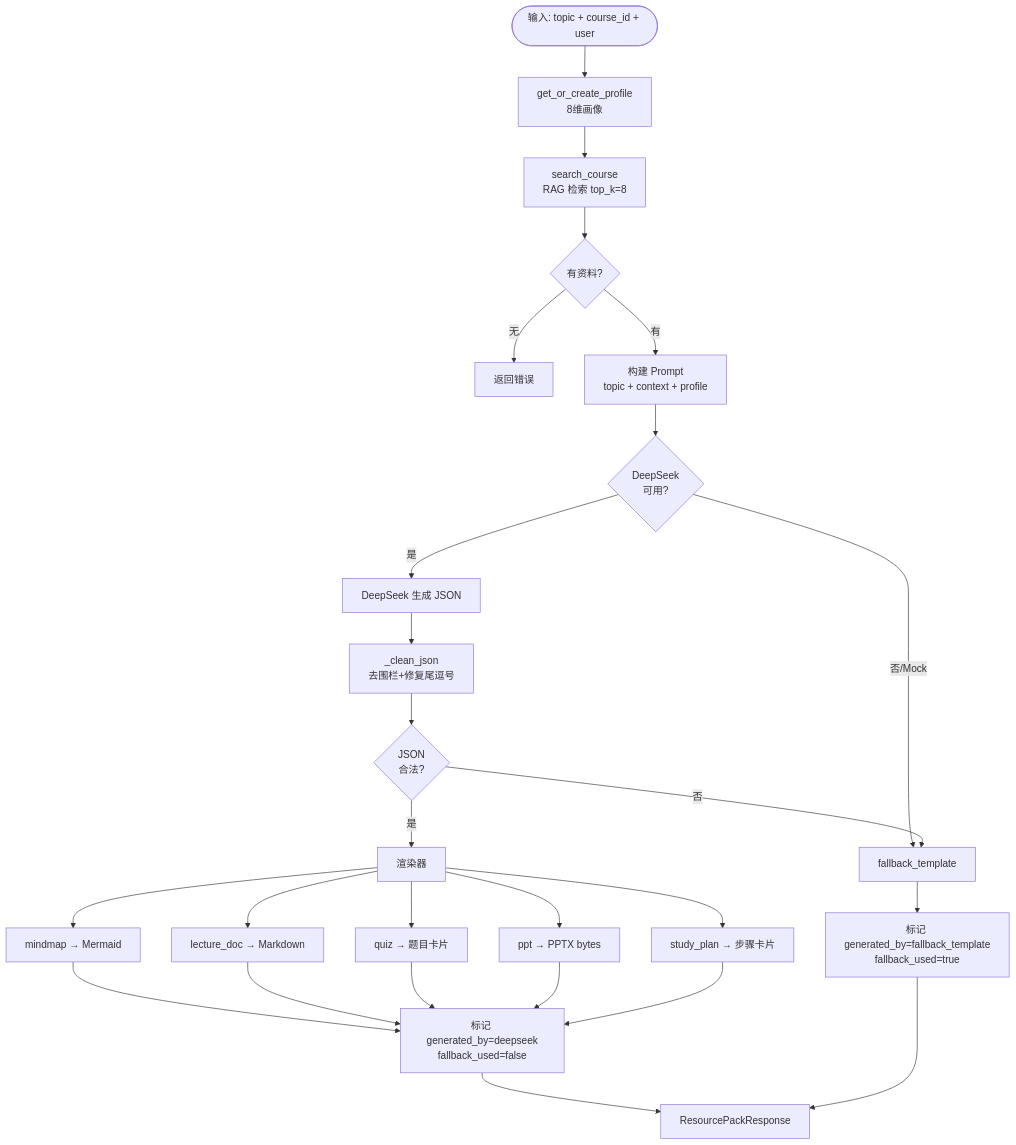
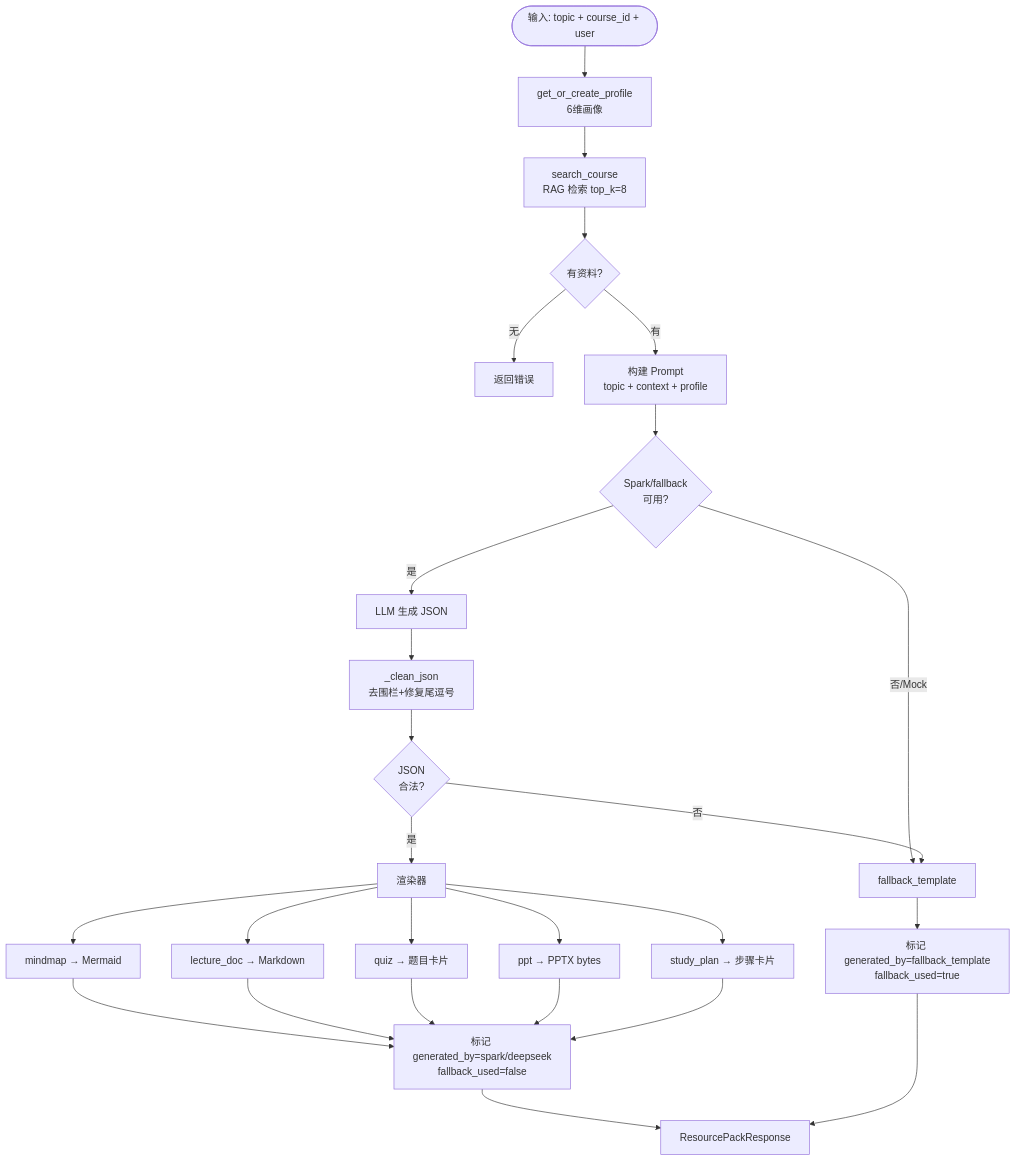
The fourth of 4 diagrams in docs/presentation/ARCHITECTURE_DIAGRAMS.md (jasminenetf/intelligent-learning-agent), drawn with Mermaid before and after one commit. The commit also changed other lines of this file and 40 other files, not shown here.

````diff
--- a/docs/presentation/ARCHITECTURE_DIAGRAMS.md
+++ b/docs/presentation/ARCHITECTURE_DIAGRAMS.md
@@ -113,28 +116,28 @@
 ```mermaid
 flowchart TD
-    START([输入: topic + course_id + user]) --> PROF[get_or_create_profile<br/>8维画像]
+    START([输入: topic + course_id + user]) --> PROF[get_or_create_profile<br/>6维画像]
     PROF --> RAG_RET[search_course<br/>RAG 检索 top_k=8]
     RAG_RET --> CHUNKS{有资料?}
     CHUNKS -- 无 --> ERR[返回错误]
     CHUNKS -- 有 --> BUILD_PROMPT[构建 Prompt<br/>topic + context + profile]
-    BUILD_PROMPT --> CALL_DS{DeepSeek<br/>可用?}
-    CALL_DS -- 是 --> DS_GEN[DeepSeek 生成 JSON]
-    CALL_DS -- 否/Mock --> FALLBACK[fallback_template]
-    DS_GEN --> CLEAN[_clean_json<br/>去围栏+修复尾逗号]
+    BUILD_PROMPT --> CALL_LLM{Spark/fallback<br/>可用?}
+    CALL_LLM -- 是 --> LLM_GEN[LLM 生成 JSON]
+    CALL_LLM -- 否/Mock --> FALLBACK[fallback_template]
+    LLM_GEN --> CLEAN[_clean_json<br/>去围栏+修复尾逗号]
     CLEAN --> PARSE{JSON<br/>合法?}
     PARSE -- 否 --> FALLBACK
     PARSE -- 是 --> RENDER[渲染器]
     RENDER --> MINDMAP[mindmap → Mermaid]
     RENDER --> LECTURE[lecture_doc → Markdown]
     RENDER --> QUIZ[quiz → 题目卡片]
     RENDER --> PPT_OUT[ppt → PPTX bytes]
     RENDER --> PLAN[study_plan → 步骤卡片]
-    MINDMAP --> META[标记 generated_by=deepseek<br/>fallback_used=false]
+    MINDMAP --> META[标记 generated_by=spark/deepseek<br/>fallback_used=false]
     LECTURE --> META
     QUIZ --> META
     PPT_OUT --> META
     PLAN --> META
     FALLBACK --> META_FB[标记 generated_by=fallback_template<br/>fallback_used=true]
     META --> RESP[ResourcePackResponse]
     META_FB --> RESP
 ```
````
